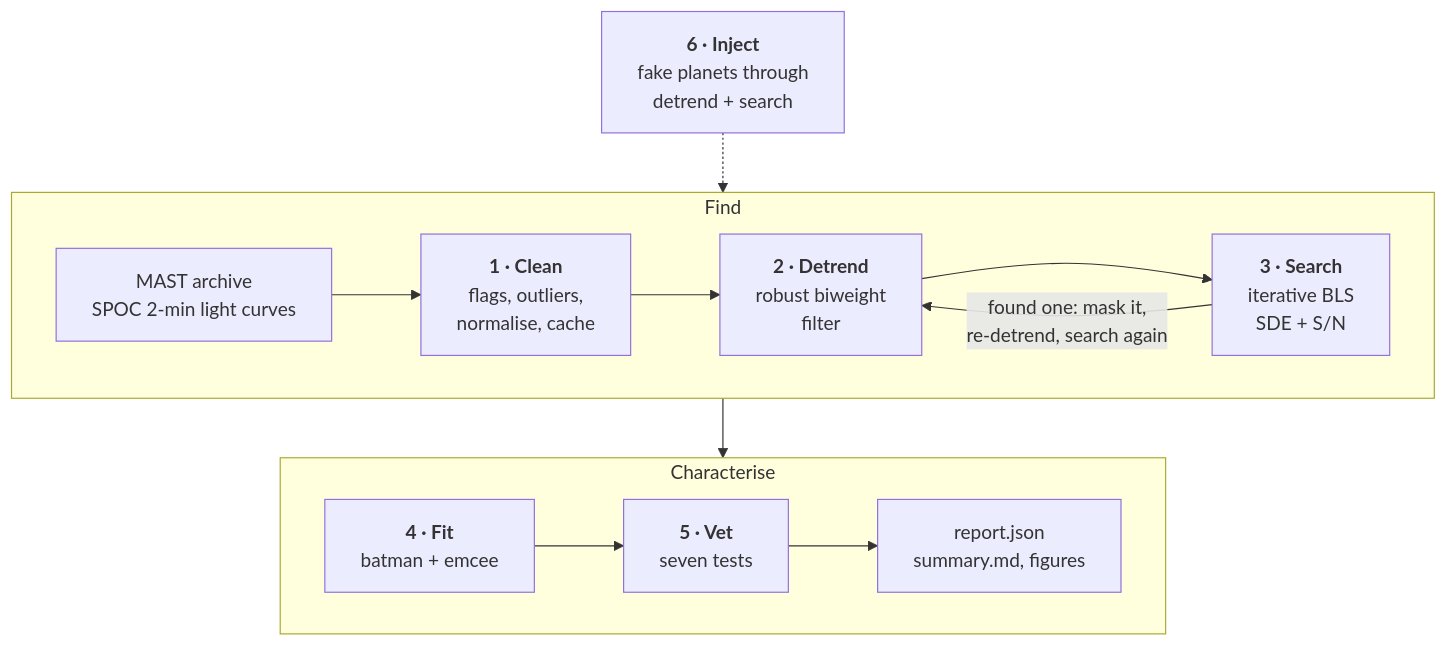
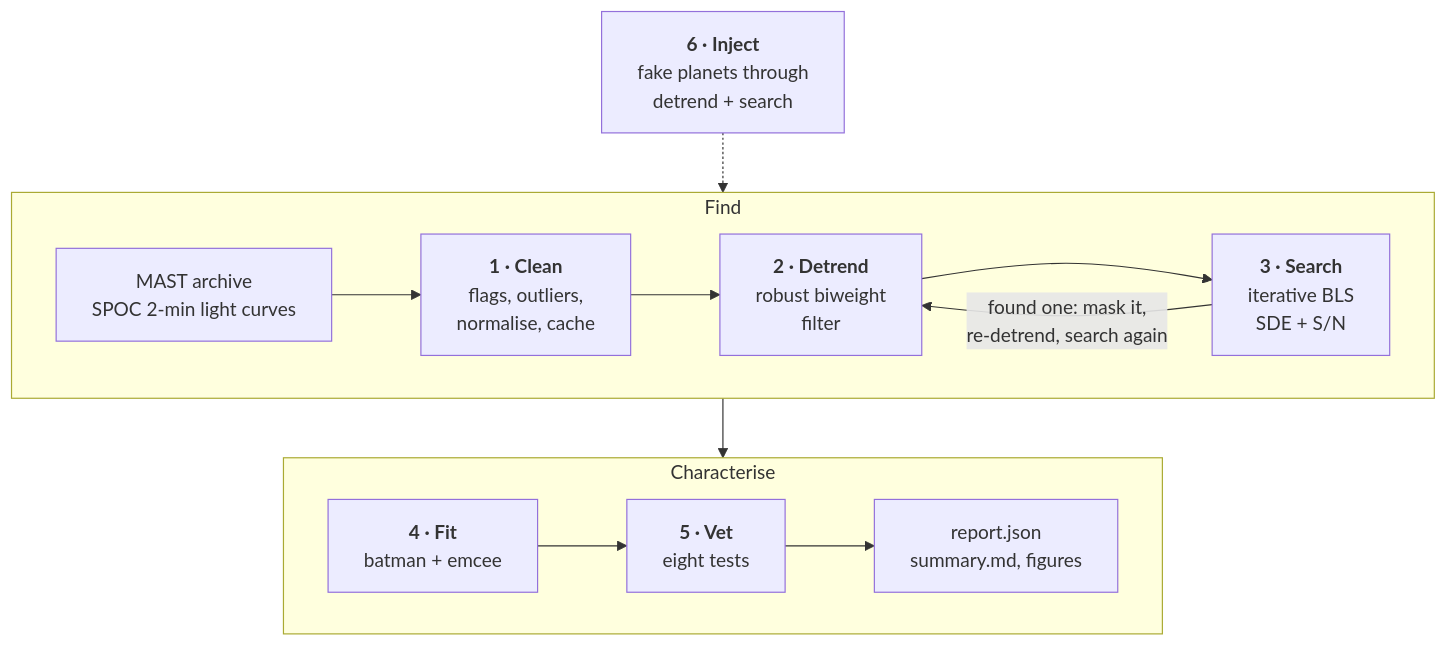
The diagram in docs/pipeline/index.md (Comdex4/tess-transit-hunter), drawn with Mermaid before and after one commit. The commit also changed 13 other files, not shown here.

````diff
--- a/docs/pipeline/index.md
+++ b/docs/pipeline/index.md
@@ -8,14 +8,14 @@
 ```mermaid
 flowchart TB
     subgraph S1["Find"]
         direction LR
         A["MAST archive<br/>SPOC 2-min light curves"] --> B["<b>1 · Clean</b><br/>flags, outliers,<br/>normalise, cache"] --> C["<b>2 · Detrend</b><br/>robust biweight<br/>filter"] --> D["<b>3 · Search</b><br/>iterative BLS<br/>SDE + S/N"]
         D -->|"found one: mask it,<br/>re-detrend, search again"| C
     end
     subgraph S2["Characterise"]
         direction LR
-        E["<b>4 · Fit</b><br/>batman + emcee"] --> F["<b>5 · Vet</b><br/>seven tests"] --> G["report.json<br/>summary.md, figures"]
+        E["<b>4 · Fit</b><br/>batman + emcee"] --> F["<b>5 · Vet</b><br/>eight tests"] --> G["report.json<br/>summary.md, figures"]
     end
     S1 --> S2
     H["<b>6 · Inject</b><br/>fake planets through<br/>detrend + search"] -.-> S1
 ```
````
